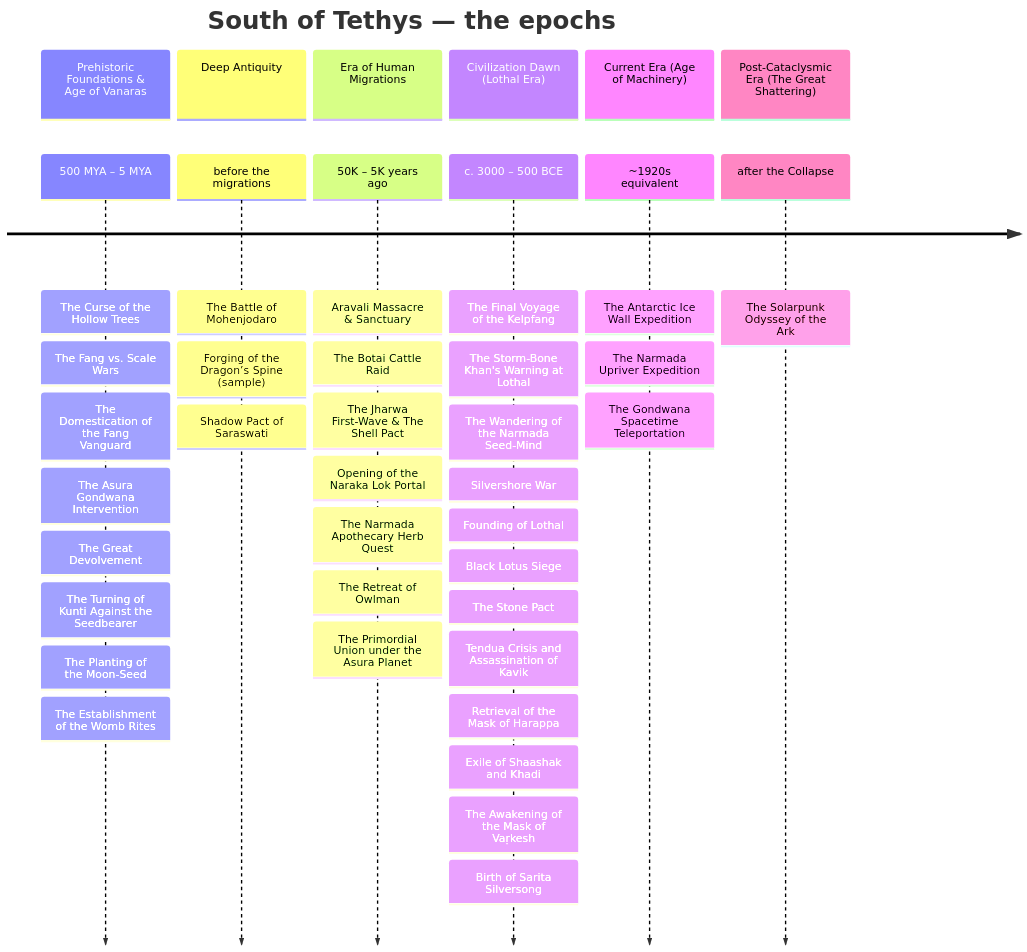
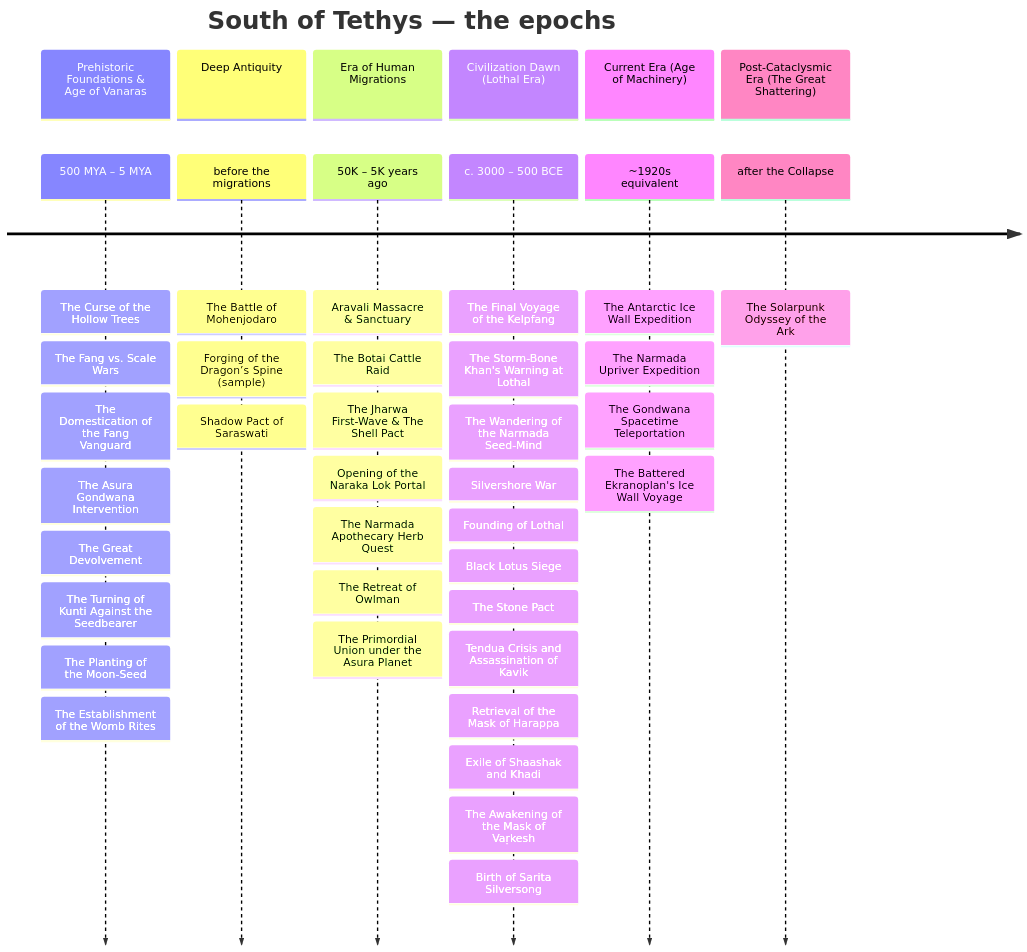
The first of 2 diagrams in docs/timeline_mermaid.md (lordlebu/SouthOfTethys), drawn with Mermaid before and after one commit. The commit also changed other lines of this file and 14 other files, not shown here.

````diff
--- a/docs/timeline_mermaid.md
+++ b/docs/timeline_mermaid.md
@@ -9,16 +9,16 @@
 ```mermaid
 timeline
     title South of Tethys — the epochs
     section Prehistoric Foundations & Age of Vanaras
         500 MYA – 5 MYA : The Curse of the Hollow Trees : The Fang vs. Scale Wars : The Domestication of the Fang Vanguard : The Asura Gondwana Intervention : The Great Devolvement : The Turning of Kunti Against the Seedbearer : The Planting of the Moon-Seed : The Establishment of the Womb Rites
     section Deep Antiquity
         before the migrations : The Battle of Mohenjodaro : Forging of the Dragon’s Spine (sample) : Shadow Pact of Saraswati
     section Era of Human Migrations
         50K – 5K years ago : Aravali Massacre & Sanctuary : The Botai Cattle Raid : The Jharwa First-Wave & The Shell Pact : Opening of the Naraka Lok Portal : The Narmada Apothecary Herb Quest : The Retreat of Owlman : The Primordial Union under the Asura Planet
     section Civilization Dawn (Lothal Era)
         c. 3000 – 500 BCE : The Final Voyage of the Kelpfang : The Storm-Bone Khan's Warning at Lothal : The Wandering of the Narmada Seed-Mind : Silvershore War : Founding of Lothal : Black Lotus Siege : The Stone Pact : Tendua Crisis and Assassination of Kavik : Retrieval of the Mask of Harappa : Exile of Shaashak and Khadi : The Awakening of the Mask of Vaṛkesh : Birth of Sarita Silversong
     section Current Era (Age of Machinery)
-        ~1920s equivalent : The Antarctic Ice Wall Expedition : The Narmada Upriver Expedition : The Gondwana Spacetime Teleportation
+        ~1920s equivalent : The Antarctic Ice Wall Expedition : The Narmada Upriver Expedition : The Gondwana Spacetime Teleportation : The Battered Ekranoplan's Ice Wall Voyage
     section Post-Cataclysmic Era (The Great Shattering)
         after the Collapse : The Solarpunk Odyssey of the Ark
 ```
````
